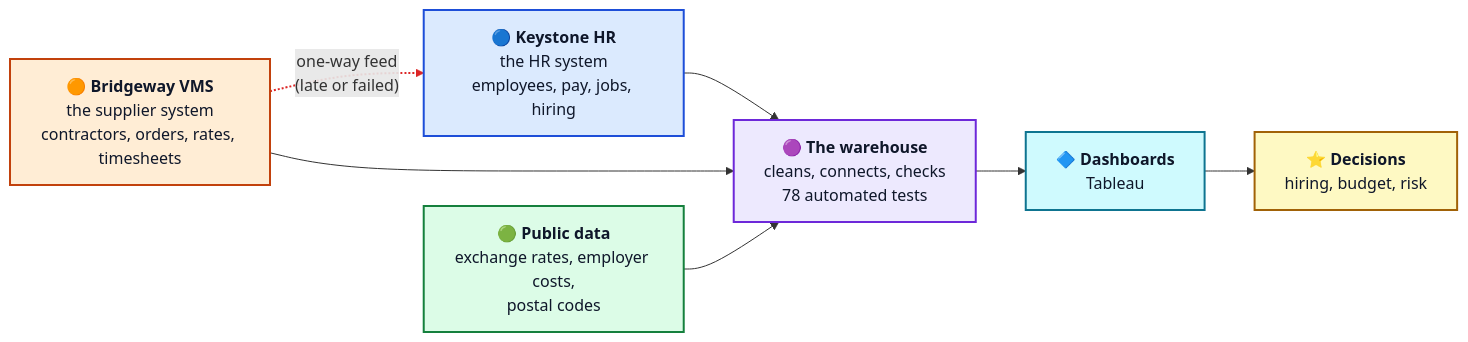
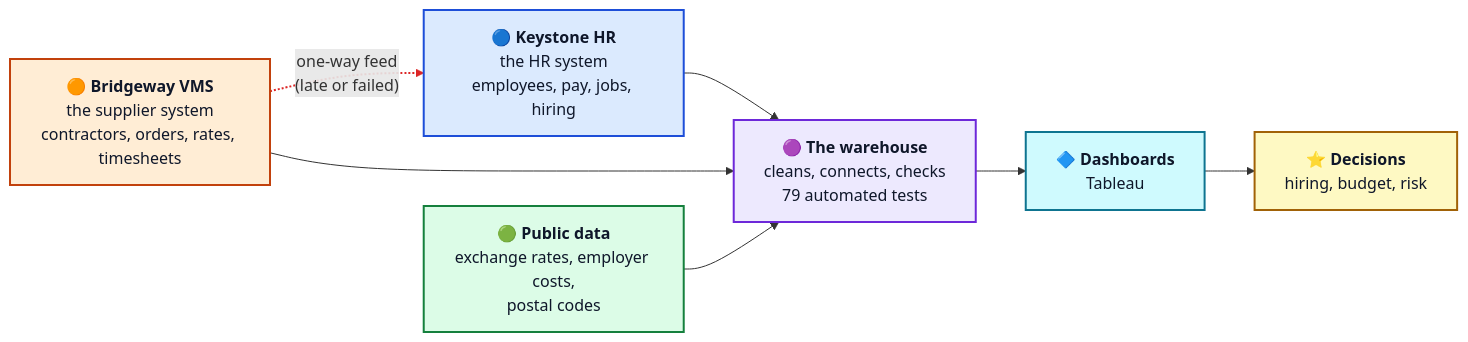
Before and after one commit to thialp/people-analytics-warehouse: the first of 6 diagrams in README.md, drawn with Mermaid. The commit also changed other lines of this file and 14 other files, not shown here.

````diff
--- a/README.md
+++ b/README.md
@@ -48,29 +48,29 @@
 ```mermaid
 flowchart LR
     KS["🔵 <b>Keystone HR</b><br/>the HR system<br/>employees, pay, jobs, hiring"]
     BW["🟠 <b>Bridgeway VMS</b><br/>the supplier system<br/>contractors, orders, rates, timesheets"]
     PUB["🟢 <b>Public data</b><br/>exchange rates, employer costs,<br/>postal codes"]
-    WH["🟣 <b>The warehouse</b><br/>cleans, connects, checks<br/>78 automated tests"]
+    WH["🟣 <b>The warehouse</b><br/>cleans, connects, checks<br/>79 automated tests"]
     DASH["🔷 <b>Dashboards</b><br/>Tableau"]
     DEC["⭐ <b>Decisions</b><br/>hiring, budget, risk"]
 
     BW -. "one-way feed<br/>(late or failed)" .-> KS
     KS --> WH
     BW --> WH
     PUB --> WH
     WH --> DASH --> DEC
 
     classDef hr fill:#dbeafe,stroke:#1d4ed8,color:#0f172a,stroke-width:2px
     classDef vms fill:#ffedd5,stroke:#c2410c,color:#0f172a,stroke-width:2px
     classDef pub fill:#dcfce7,stroke:#15803d,color:#0f172a,stroke-width:2px
     classDef wh fill:#ede9fe,stroke:#6d28d9,color:#0f172a,stroke-width:2px
     classDef dash fill:#cffafe,stroke:#0e7490,color:#0f172a,stroke-width:2px
     classDef dec fill:#fef9c3,stroke:#a16207,color:#0f172a,stroke-width:2px
     class KS hr
     class BW vms
     class PUB pub
     class WH wh
     class DASH dash
     class DEC dec
     linkStyle 0 stroke:#dc2626,stroke-width:2px
 ```
````
